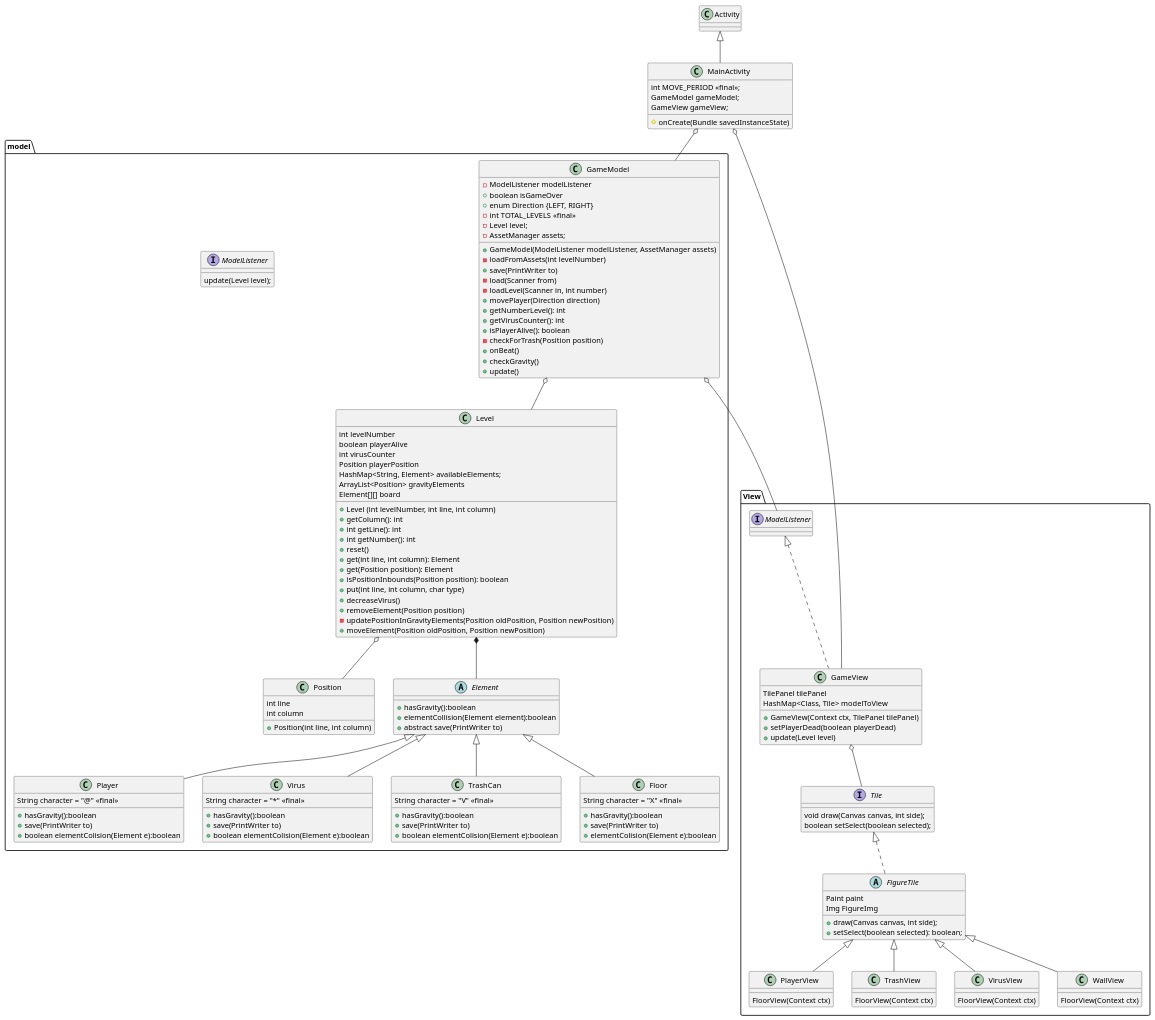
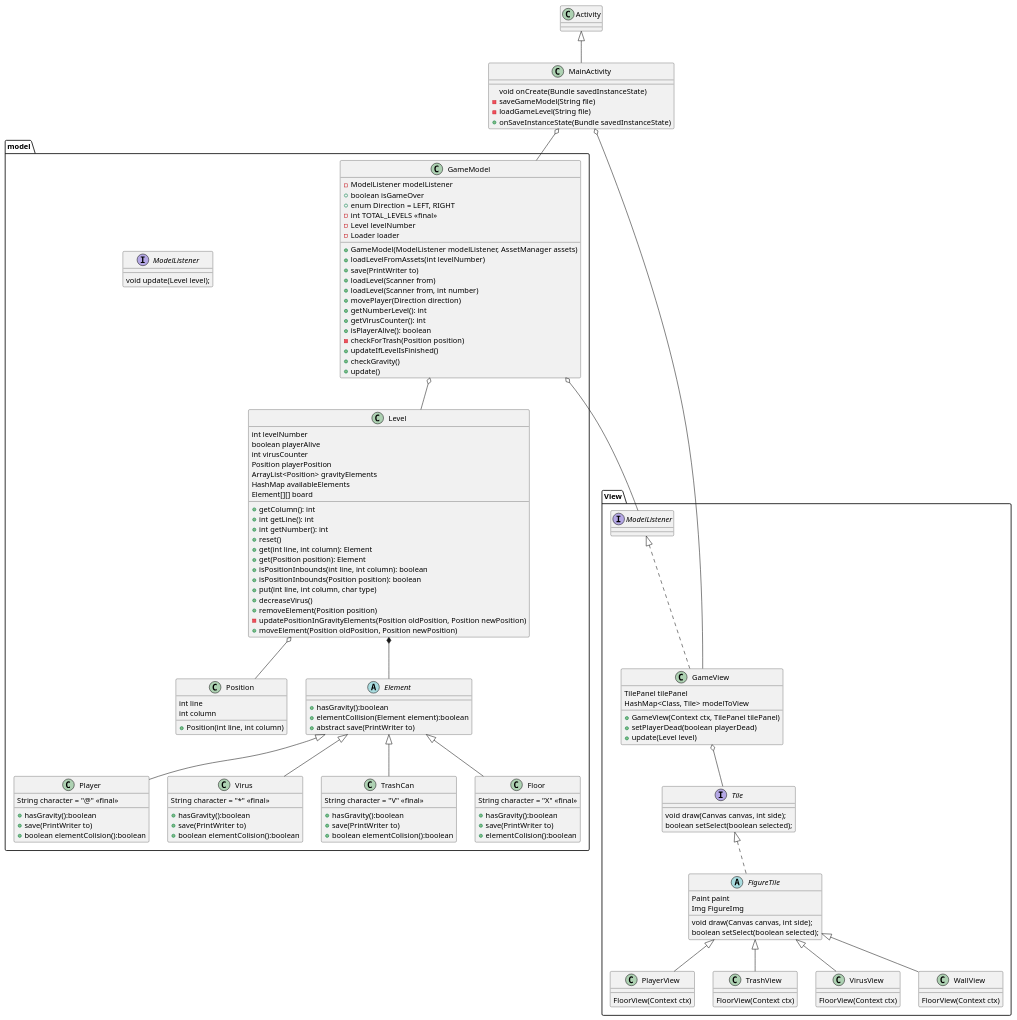
The diagram in covid.puml (Celthund/OOP-Serie3), drawn with PlantUML before and after one commit.

Commit message:
adjust UML

```diff
--- a/covid.puml
+++ b/covid.puml
@@ -1,144 +1,143 @@
 @startuml
 
 
 
 class MainActivity extends Activity{
-    int MOVE_PERIOD «final»;
-    GameModel gameModel;
-    GameView gameView;
-    #onCreate(Bundle savedInstanceState)
+    void onCreate(Bundle savedInstanceState)
+    -saveGameModel(String file)
+    -loadGameLevel(String file)
+    +onSaveInstanceState(Bundle savedInstanceState)
 }
 
 package View {
     MainActivity o-- GameView
     GameView o-- Tile
     interface Tile {
         void draw(Canvas canvas, int side);
         boolean setSelect(boolean selected);
     }
     abstract class FigureTile implements Tile {
         Paint paint
         Img FigureImg
-        +draw(Canvas canvas, int side);
-        +setSelect(boolean selected): boolean;
+        void draw(Canvas canvas, int side);
+        boolean setSelect(boolean selected);
     }
     class GameView implements ModelListener {
         TilePanel tilePanel
         HashMap<Class, Tile> modelToView
         +GameView(Context ctx, TilePanel tilePanel)
         +setPlayerDead(boolean playerDead)
         +update(Level level)
     }
     class PlayerView extends FigureTile{
     FloorView(Context ctx)
     }
     class TrashView extends FigureTile{
      FloorView(Context ctx)
     }
     class VirusView extends FigureTile{
     FloorView(Context ctx)
     }
     class WallView extends FigureTile{
     FloorView(Context ctx)
     }
 }
 
 package model {
 
     MainActivity o-- GameModel
     GameModel o-- Level
     GameModel o-- ModelListener
     Level o-- Position
     Level *-- Element
 
     interface ModelListener {
-        update(Level level);
+        void update(Level level);
     }
 
     class Position {
         int line
         int column
         +Position(int line, int column)
     }
 
     class GameModel {
-       -ModelListener modelListener
-       +boolean isGameOver
-       +enum Direction {LEFT, RIGHT}
-       -int TOTAL_LEVELS «final»
-       -Level level;
-       -AssetManager assets;
-
+        -ModelListener modelListener
+        +boolean isGameOver
+        +enum Direction = LEFT, RIGHT
+        -int TOTAL_LEVELS «final»
+        -Level levelNumber
+        -Loader loader
         +GameModel(ModelListener modelListener, AssetManager assets)
-        -loadFromAssets(int levelNumber)
+        +loadLevelFromAssets(int levelNumber)
         +save(PrintWriter to)
-        -load(Scanner from)
-        -loadLevel(Scanner in, int number)
+        +loadLevel(Scanner from)
+        +loadLevel(Scanner from, int number)
         +movePlayer(Direction direction)
         +getNumberLevel(): int
         +getVirusCounter(): int
         +isPlayerAlive(): boolean
         -checkForTrash(Position position)
-        +onBeat()
+        +updateIfLevelIsFinished()
         +checkGravity()
         +update()
     }
 
     class Level {
         int levelNumber
         boolean playerAlive
         int virusCounter
         Position playerPosition
-        HashMap<String, Element> availableElements;
         ArrayList<Position> gravityElements
+        HashMap availableElements
         Element[][] board
-        +Level (int levelNumber, int line, int column)
         +getColumn(): int
         +int getLine(): int
         +int getNumber(): int
         +reset()
         +get(int line, int column): Element
         +get(Position position): Element
+        +isPositionInbounds(int line, int column): boolean
         +isPositionInbounds(Position position): boolean
         +put(int line, int column, char type)
         +decreaseVirus()
         +removeElement(Position position)
         -updatePositionInGravityElements(Position oldPosition, Position newPosition)
         +moveElement(Position oldPosition, Position newPosition)
     }
 
     abstract class Element {
         +hasGravity():boolean
         +elementCollision(Element element):boolean
         +abstract save(PrintWriter to)
     }
 
     class Player extends Element{
         String character = "@" «final»
         +hasGravity():boolean
         +save(PrintWriter to)
-        +boolean elementColision(Element e):boolean
+        +boolean elementColision():boolean
     }
 
     class Virus extends Element {
         String character = "*" «final»
         +hasGravity():boolean
         +save(PrintWriter to)
-        +boolean elementColision(Element e):boolean
+        +boolean elementColision():boolean
     }
 
     class TrashCan extends Element {
         String character = "V" «final»
         +hasGravity():boolean
         +save(PrintWriter to)
-        +boolean elementColision(Element e):boolean
+        +boolean elementColision():boolean
     }
 
     class Floor extends Element {
         String character = "X" «final»
         +hasGravity():boolean
         +save(PrintWriter to)
-        +elementColision(Element e):boolean
+        +elementColision():boolean
     }
 }
 @enduml
```
